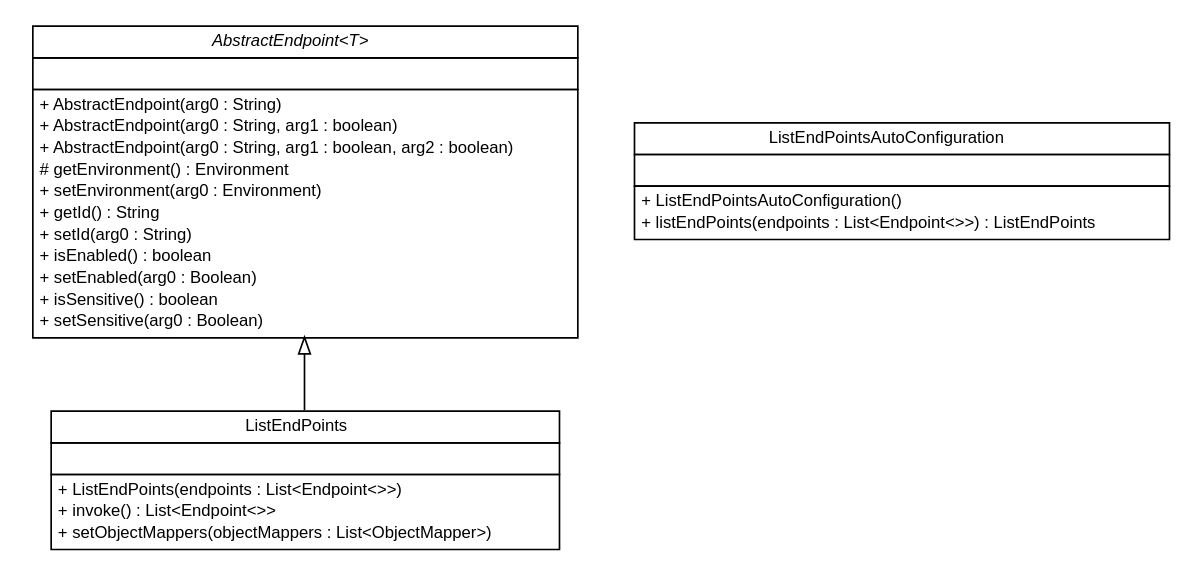
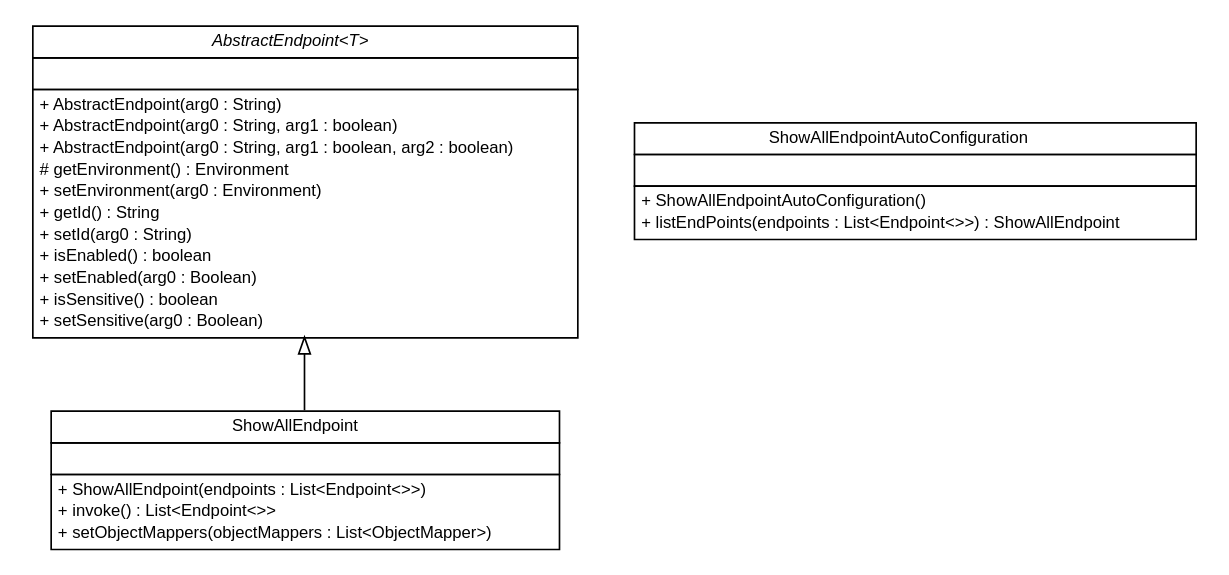
The diagram in snapshot/build-docker/maven-build-java8/spring-cloud-service-discovery/spring-cloud-multi-registration/apidocs/org/springframework/boot/actuate/endpoint/org.springframework.boot.actuate.endpoint.dot (sfeng9d/spring-cloud-service-discovery), drawn with Graphviz before and after one commit. The commit also changed 56 other files, not shown here.

```diff
--- a/snapshot/build-docker/maven-build-java8/spring-cloud-service-discovery/spring-cloud-multi-registration/apidocs/org/springframework/boot/actuate/endpoint/org.springframework.boot.actuate.endpoint.dot
+++ b/snapshot/build-docker/maven-build-java8/spring-cloud-service-discovery/spring-cloud-multi-registration/apidocs/org/springframework/boot/actuate/endpoint/org.springframework.boot.actuate.endpoint.dot
@@ -1,63 +1,63 @@
 #!/usr/local/bin/dot
 #
 # Class diagram 
 # Generated by UMLGraph version R5_6-24-gf6e263 (http://www.umlgraph.org/)
 #
 
 digraph G {
 	edge [fontname="Helvetica",fontsize=10,labelfontname="Helvetica",labelfontsize=10];
 	node [fontname="Helvetica",fontsize=10,shape=plaintext];
 	nodesep=0.25;
 	ranksep=0.5;
-	// org.springframework.boot.actuate.endpoint.ListEndPoints
-	c0 [label=<<table title="org.springframework.boot.actuate.endpoint.ListEndPoints" border="0" cellborder="1" cellspacing="0" cellpadding="2" port="p" href="./ListEndPoints.html">
+	// org.springframework.boot.actuate.endpoint.ShowAllEndpoint
+	c0 [label=<<table title="org.springframework.boot.actuate.endpoint.ShowAllEndpoint" border="0" cellborder="1" cellspacing="0" cellpadding="2" port="p" href="./ShowAllEndpoint.html">
 		<tr><td><table border="0" cellspacing="0" cellpadding="1">
-<tr><td align="center" balign="center"> ListEndPoints </td></tr>
+<tr><td align="center" balign="center"> ShowAllEndpoint </td></tr>
 		</table></td></tr>
 		<tr><td><table border="0" cellspacing="0" cellpadding="1">
 <tr><td align="left" balign="left">  </td></tr>
 		</table></td></tr>
 		<tr><td><table border="0" cellspacing="0" cellpadding="1">
-<tr><td align="left" balign="left"> + ListEndPoints(endpoints : List&lt;Endpoint&lt;&gt;&gt;) </td></tr>
+<tr><td align="left" balign="left"> + ShowAllEndpoint(endpoints : List&lt;Endpoint&lt;&gt;&gt;) </td></tr>
 <tr><td align="left" balign="left"> + invoke() : List&lt;Endpoint&lt;&gt;&gt; </td></tr>
 <tr><td align="left" balign="left"> + setObjectMappers(objectMappers : List&lt;ObjectMapper&gt;) </td></tr>
 		</table></td></tr>
-		</table>>, URL="./ListEndPoints.html", fontname="Helvetica", fontcolor="black", fontsize=10.0];
-	// org.springframework.boot.actuate.endpoint.ListEndPointsAutoConfiguration
-	c1 [label=<<table title="org.springframework.boot.actuate.endpoint.ListEndPointsAutoConfiguration" border="0" cellborder="1" cellspacing="0" cellpadding="2" port="p" href="./ListEndPointsAutoConfiguration.html">
+		</table>>, URL="./ShowAllEndpoint.html", fontname="Helvetica", fontcolor="black", fontsize=10.0];
+	// org.springframework.boot.actuate.endpoint.ShowAllEndpointAutoConfiguration
+	c1 [label=<<table title="org.springframework.boot.actuate.endpoint.ShowAllEndpointAutoConfiguration" border="0" cellborder="1" cellspacing="0" cellpadding="2" port="p" href="./ShowAllEndpointAutoConfiguration.html">
 		<tr><td><table border="0" cellspacing="0" cellpadding="1">
-<tr><td align="center" balign="center"> ListEndPointsAutoConfiguration </td></tr>
+<tr><td align="center" balign="center"> ShowAllEndpointAutoConfiguration </td></tr>
 		</table></td></tr>
 		<tr><td><table border="0" cellspacing="0" cellpadding="1">
 <tr><td align="left" balign="left">  </td></tr>
 		</table></td></tr>
 		<tr><td><table border="0" cellspacing="0" cellpadding="1">
-<tr><td align="left" balign="left"> + ListEndPointsAutoConfiguration() </td></tr>
-<tr><td align="left" balign="left"> + listEndPoints(endpoints : List&lt;Endpoint&lt;&gt;&gt;) : ListEndPoints </td></tr>
+<tr><td align="left" balign="left"> + ShowAllEndpointAutoConfiguration() </td></tr>
+<tr><td align="left" balign="left"> + listEndPoints(endpoints : List&lt;Endpoint&lt;&gt;&gt;) : ShowAllEndpoint </td></tr>
 		</table></td></tr>
-		</table>>, URL="./ListEndPointsAutoConfiguration.html", fontname="Helvetica", fontcolor="black", fontsize=10.0];
-	//org.springframework.boot.actuate.endpoint.ListEndPoints extends org.springframework.boot.actuate.endpoint.AbstractEndpoint<java.util.List<org.springframework.boot.actuate.endpoint.Endpoint>>
+		</table>>, URL="./ShowAllEndpointAutoConfiguration.html", fontname="Helvetica", fontcolor="black", fontsize=10.0];
+	//org.springframework.boot.actuate.endpoint.ShowAllEndpoint extends org.springframework.boot.actuate.endpoint.AbstractEndpoint<java.util.List<org.springframework.boot.actuate.endpoint.Endpoint>>
 	c7:p -> c0:p [dir=back,arrowtail=empty];
 	// org.springframework.boot.actuate.endpoint.AbstractEndpoint<T>
 	c7 [label=<<table title="org.springframework.boot.actuate.endpoint.AbstractEndpoint" border="0" cellborder="1" cellspacing="0" cellpadding="2" port="p" href="http://java.sun.com/j2se/1.4.2/docs/api/org/springframework/boot/actuate/endpoint/AbstractEndpoint.html">
 		<tr><td><table border="0" cellspacing="0" cellpadding="1">
 <tr><td align="center" balign="center"><font face="Helvetica-Oblique"> AbstractEndpoint&lt;T&gt; </font></td></tr>
 		</table></td></tr>
 		<tr><td><table border="0" cellspacing="0" cellpadding="1">
 <tr><td align="left" balign="left">  </td></tr>
 		</table></td></tr>
 		<tr><td><table border="0" cellspacing="0" cellpadding="1">
 <tr><td align="left" balign="left"> + AbstractEndpoint(arg0 : String) </td></tr>
 <tr><td align="left" balign="left"> + AbstractEndpoint(arg0 : String, arg1 : boolean) </td></tr>
 <tr><td align="left" balign="left"> + AbstractEndpoint(arg0 : String, arg1 : boolean, arg2 : boolean) </td></tr>
 <tr><td align="left" balign="left"> # getEnvironment() : Environment </td></tr>
 <tr><td align="left" balign="left"> + setEnvironment(arg0 : Environment) </td></tr>
 <tr><td align="left" balign="left"> + getId() : String </td></tr>
 <tr><td align="left" balign="left"> + setId(arg0 : String) </td></tr>
 <tr><td align="left" balign="left"> + isEnabled() : boolean </td></tr>
 <tr><td align="left" balign="left"> + setEnabled(arg0 : Boolean) </td></tr>
 <tr><td align="left" balign="left"> + isSensitive() : boolean </td></tr>
 <tr><td align="left" balign="left"> + setSensitive(arg0 : Boolean) </td></tr>
 		</table></td></tr>
 		</table>>, URL="http://java.sun.com/j2se/1.4.2/docs/api/org/springframework/boot/actuate/endpoint/AbstractEndpoint.html", fontname="Helvetica", fontcolor="black", fontsize=10.0];
 }
```
